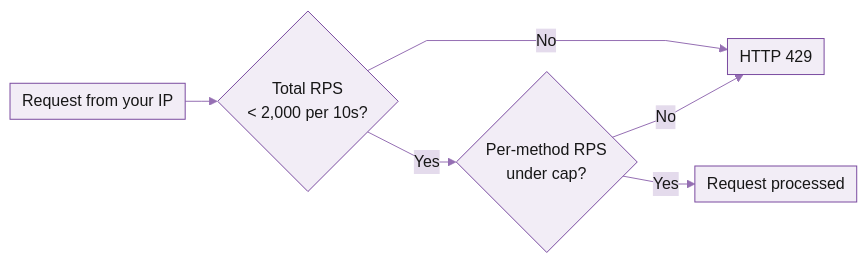
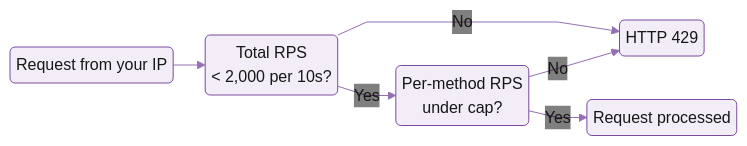
Before and after one commit to kshyndina/docs: the diagram in solana/get-started/rate-and-connection-limits.mdx, drawn with Mermaid. The commit also changed other lines of this file and 1 other file, not shown here.

````diff
--- a/solana/get-started/rate-and-connection-limits.mdx
+++ b/solana/get-started/rate-and-connection-limits.mdx
@@ -15,9 +15,9 @@
 ```mermaid
-%%{init: {'theme':'base','themeVariables':{'primaryColor':'#F2EDF6','primaryBorderColor':'#7A4BA0','primaryTextColor':'#171717','lineColor':'#956FB3','secondaryColor':'#E4DBEC','tertiaryColor':'#D7C9E3','noteBkgColor':'#FFC845','noteTextColor':'#171717','actorBkg':'#F2EDF6','actorBorder':'#7A4BA0','actorTextColor':'#171717','signalColor':'#492D60','labelBoxBkgColor':'#7A4BA0','labelTextColor':'#F7F7F7'},'flowchart':{'nodeSpacing':18,'rankSpacing':32,'padding':6,'curve':'linear'}}}%%
+%%{init: {'theme':'base','themeVariables':{'primaryColor':'#F2EDF6','primaryBorderColor':'#7A4BA0','primaryTextColor':'#171717','lineColor':'#956FB3','secondaryColor':'#E4DBEC','tertiaryColor':'#D7C9E3','noteBkgColor':'#FFC845','noteTextColor':'#171717','actorBkg':'#F2EDF6','actorBorder':'#7A4BA0','actorTextColor':'#171717','signalColor':'#492D60','labelBoxBkgColor':'#7A4BA0','labelTextColor':'#F7F7F7','edgeLabelBackground':'transparent'},'flowchart':{'nodeSpacing':18,'rankSpacing':32,'padding':6,'curve':'linear'}}}%%
 flowchart LR
-    Req["Request from your IP"] --> Total{"Total RPS<br/>< 2,000 per 10s?"}
-    Total -->|No| Block["HTTP 429"]
-    Total -->|Yes| Method{"Per-method RPS<br/>under cap?"}
+    Req("Request from your IP") --> Total("Total RPS<br/>< 2,000 per 10s?")
+    Total -->|No| Block("HTTP 429")
+    Total -->|Yes| Method("Per-method RPS<br/>under cap?")
     Method -->|No| Block
-    Method -->|Yes| OK["Request processed"]
+    Method -->|Yes| OK("Request processed")
 ```
````
